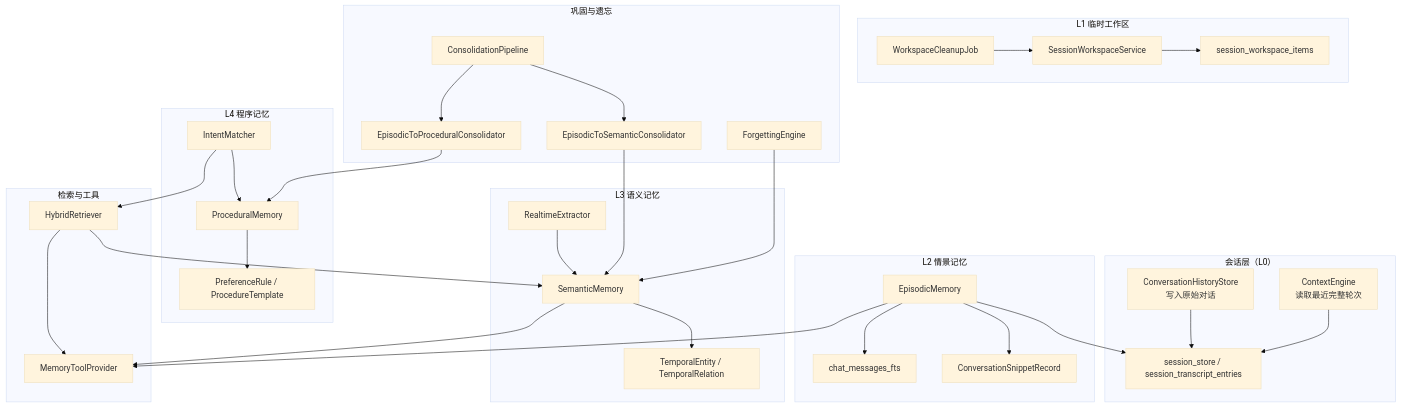
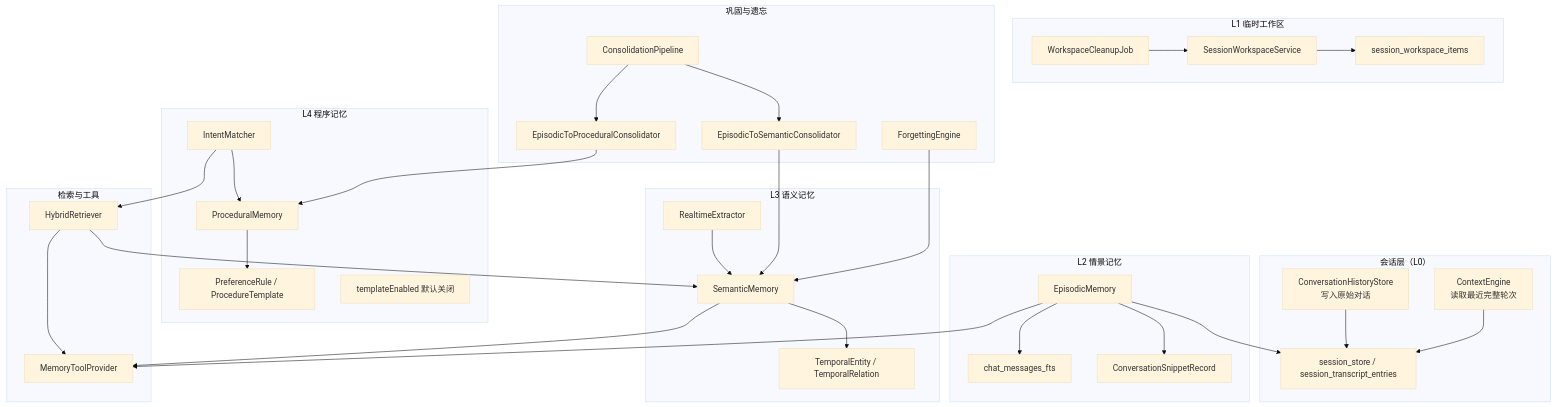
Before and after one commit to ntygod/LifePilot: the first of 4 diagrams in docs/architecture/memory-system.md, drawn with Mermaid (base theme). The commit also changed other lines of this file and 22 other files, not shown here.

````diff
--- a/docs/architecture/memory-system.md
+++ b/docs/architecture/memory-system.md
@@ -21,65 +21,66 @@
 ```mermaid
 graph TB
     subgraph "会话层（L0）"
         CHS["ConversationHistoryStore<br/>写入原始对话"]
         CE["ContextEngine<br/>读取最近完整轮次"]
         CMS["session_store / session_transcript_entries"]
         CHS --> CMS
         CE --> CMS
     end
 
     subgraph "L1 临时工作区"
         SWS["SessionWorkspaceService"]
         WCJ["WorkspaceCleanupJob"]
         SWI["session_workspace_items"]
         SWS --> SWI
         WCJ --> SWS
     end
 
     subgraph "L2 情景记忆"
         EM["EpisodicMemory"]
         FTS["chat_messages_fts"]
         CSR["ConversationSnippetRecord"]
         EM --> CMS
         EM --> FTS
         EM --> CSR
     end
 
     subgraph "L3 语义记忆"
         SM["SemanticMemory"]
         RE["RealtimeExtractor"]
         TE["TemporalEntity / TemporalRelation"]
         RE --> SM
         SM --> TE
     end
 
     subgraph "L4 程序记忆"
         PM["ProceduralMemory"]
         IM["IntentMatcher"]
         PR["PreferenceRule / ProcedureTemplate"]
         IM --> PM
         PM --> PR
+        Note["templateEnabled 默认关闭"]
     end
 
     subgraph "检索与工具"
         HR["HybridRetriever"]
         MTP["MemoryToolProvider"]
         HR --> SM
         IM --> HR
         EM --> MTP
         HR --> MTP
         SM --> MTP
     end
 
     subgraph "巩固与遗忘"
         CP["ConsolidationPipeline"]
         FE["ForgettingEngine"]
         ECS["EpisodicToSemanticConsolidator"]
         ECP["EpisodicToProceduralConsolidator"]
         CP --> ECS
         CP --> ECP
         ECS --> SM
         ECP --> PM
         FE --> SM
     end
 ```
````
